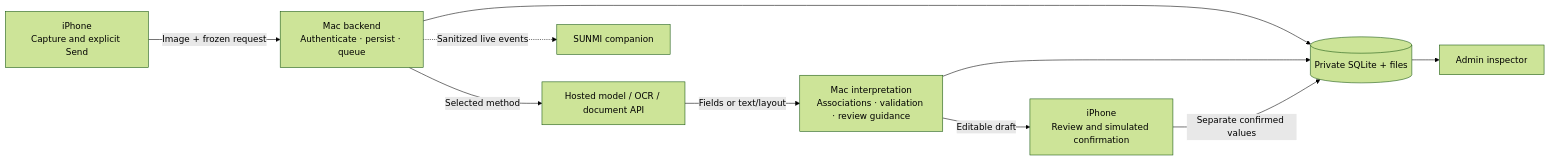
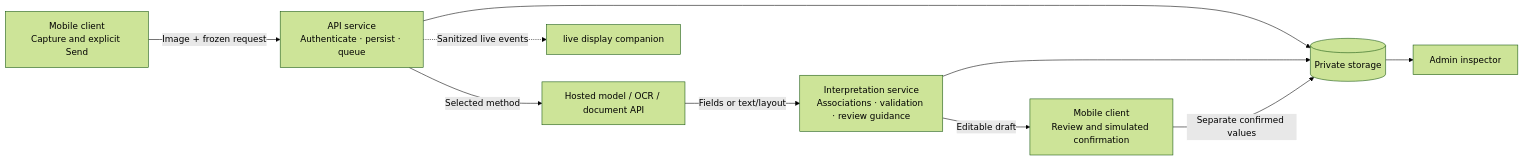
Before and after one commit to azikus/scan-and-pay-poc: the diagram in README.md, drawn with Mermaid (forest theme). The commit also changed other lines of this file and 14 other files, not shown here.

````diff
--- a/README.md
+++ b/README.md
@@ -54,12 +52,12 @@
 ```mermaid
 flowchart LR
-    Phone["iPhone<br/>Capture and explicit Send"] -->|"Image + frozen request"| API["Mac backend<br/>Authenticate · persist · queue"]
+    Phone["Mobile client<br/>Capture and explicit Send"] -->|"Image + frozen request"| API["API service<br/>Authenticate · persist · queue"]
     API -->|"Selected method"| Provider["Hosted model / OCR / document API"]
-    Provider -->|"Fields or text/layout"| Rules["Mac interpretation<br/>Associations · validation · review guidance"]
-    Rules -->|"Editable draft"| Review["iPhone<br/>Review and simulated confirmation"]
-    API --> Store[("Private SQLite + files")]
+    Provider -->|"Fields or text/layout"| Rules["Interpretation service<br/>Associations · validation · review guidance"]
+    Rules -->|"Editable draft"| Review["Mobile client<br/>Review and simulated confirmation"]
+    API --> Store[("Private storage")]
     Rules --> Store
     Review -->|"Separate confirmed values"| Store
     Store --> Admin["Admin inspector"]
-    API -.->|"Sanitized live events"| Display["SUNMI companion"]
+    API -.->|"Sanitized live events"| Display["live display companion"]
 ```
````
